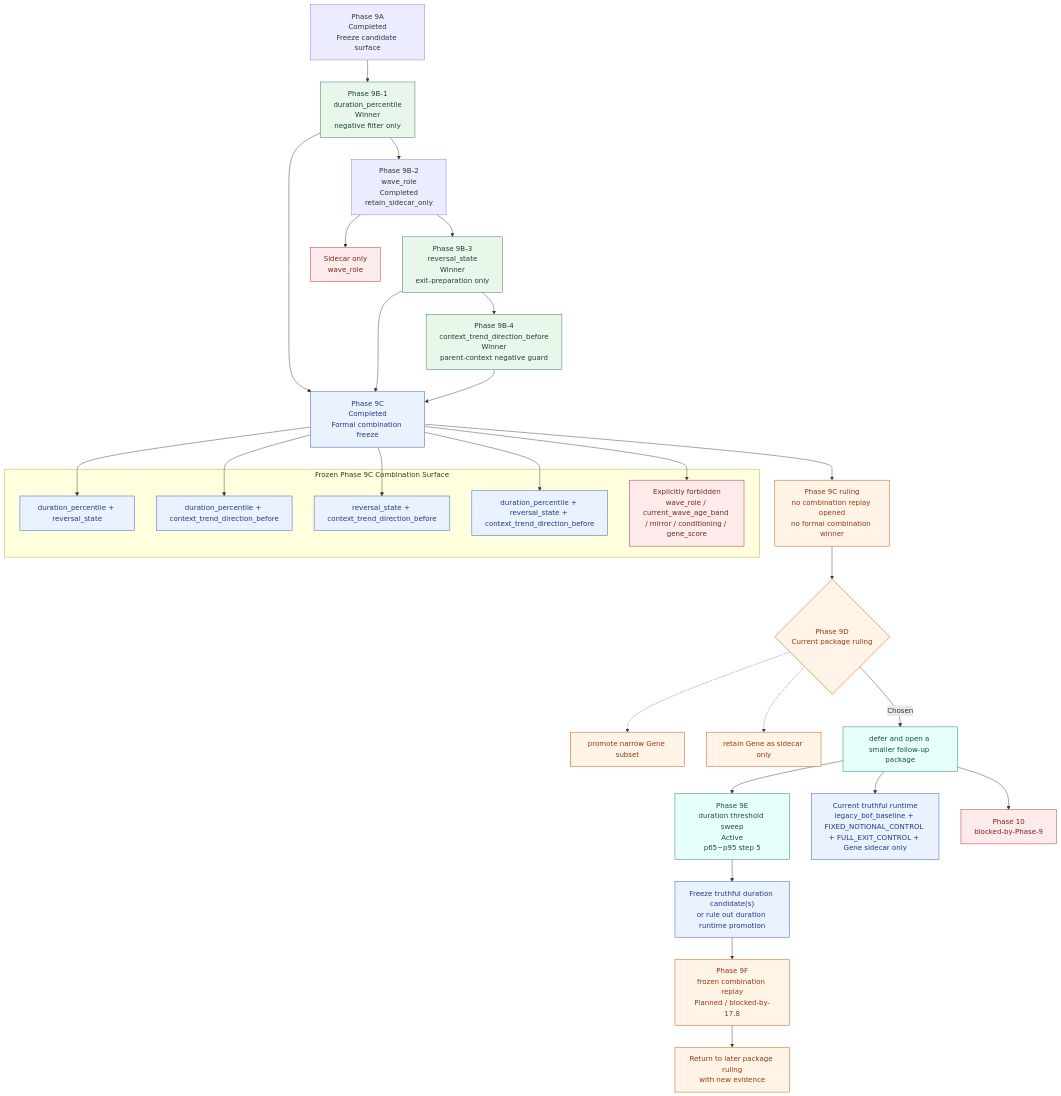
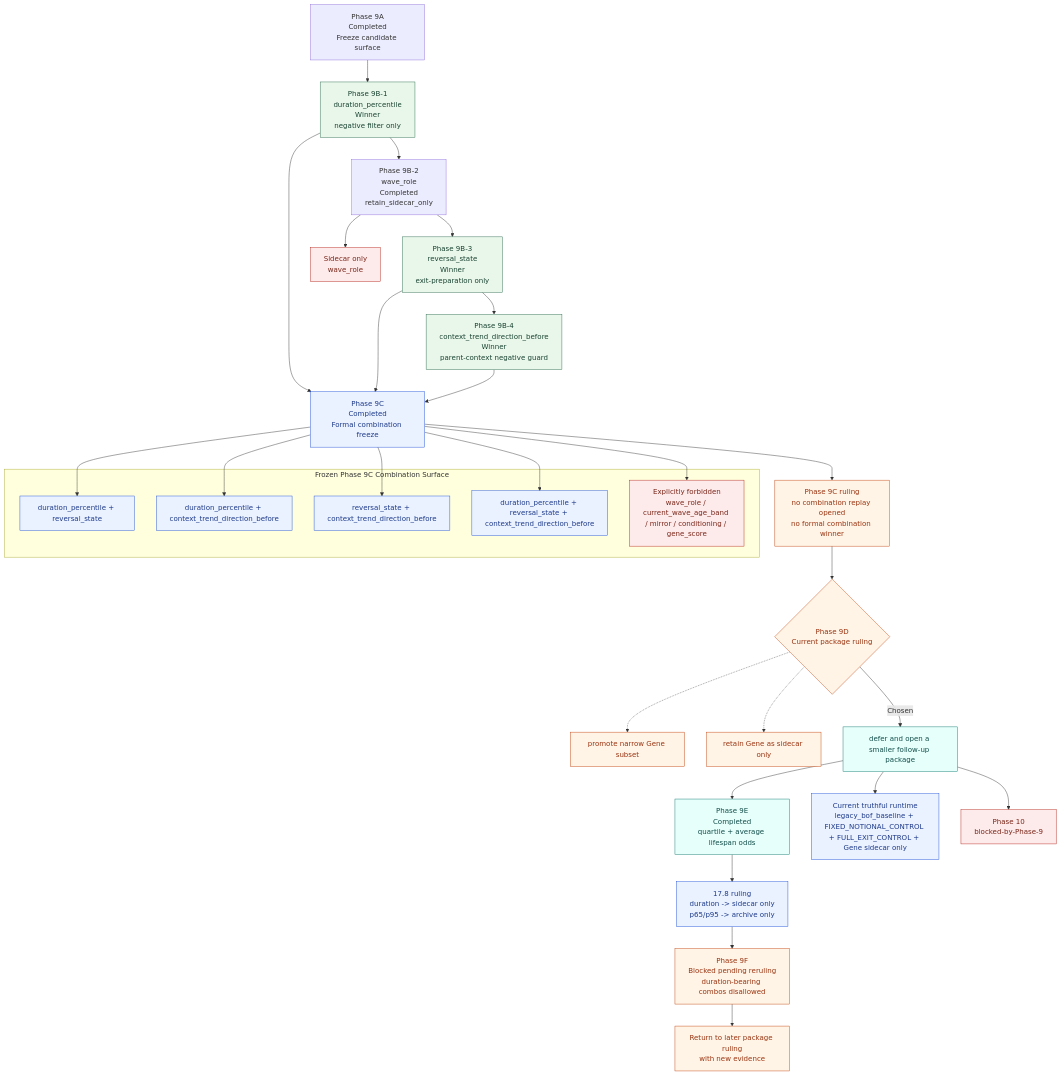
Before and after one commit to everything-is-simple/EmotionQuant-gamma: the diagram in blueprint/03-execution/records/phase-9-gene-promotion-flowchart-20260319.md, drawn with Mermaid. The commit also changed other lines of this file and 12 other files, not shown here.

Commit message:
Complete Phase 9E lifespan distribution rerun

````diff
--- a/blueprint/03-execution/records/phase-9-gene-promotion-flowchart-20260319.md
+++ b/blueprint/03-execution/records/phase-9-gene-promotion-flowchart-20260319.md
@@ -18,51 +18,51 @@
 ```mermaid
 flowchart TD
     A["Phase 9A<br/>Completed<br/>Freeze candidate surface"] --> B1["Phase 9B-1<br/>duration_percentile<br/>Winner<br/>negative filter only"]
     B1 --> B2["Phase 9B-2<br/>wave_role<br/>Completed<br/>retain_sidecar_only"]
     B2 --> B3["Phase 9B-3<br/>reversal_state<br/>Winner<br/>exit-preparation only"]
     B3 --> B4["Phase 9B-4<br/>context_trend_direction_before<br/>Winner<br/>parent-context negative guard"]
 
     B1 --> C
     B3 --> C
     B4 --> C
     B2 --> S["Sidecar only<br/>wave_role"]:::side
 
     C["Phase 9C<br/>Completed<br/>Formal combination freeze"]:::freeze
 
     subgraph P["Frozen Phase 9C Combination Surface"]
         C1["duration_percentile + reversal_state"]:::freeze
         C2["duration_percentile + context_trend_direction_before"]:::freeze
         C3["reversal_state + context_trend_direction_before"]:::freeze
         C4["duration_percentile + reversal_state + context_trend_direction_before"]:::freeze
         X["Explicitly forbidden<br/>wave_role / current_wave_age_band / mirror / conditioning / gene_score"]:::side
     end
 
     C --> C1
     C --> C2
     C --> C3
     C --> C4
     C --> X
 
     C --> D["Phase 9C ruling<br/>no combination replay opened<br/>no formal combination winner"]:::decision
 
     D --> E{"Phase 9D<br/>Current package ruling"}:::decision
     E -.-> F["promote narrow Gene subset"]:::decision
     E -.-> G["retain Gene as sidecar only"]:::decision
     E -->|"Chosen"| H["defer and open a smaller follow-up package"]:::chosen
 
-    H --> I["Phase 9E<br/>duration threshold sweep<br/>Active<br/>p65~p95 step 5"]:::chosen
-    I --> J["Freeze truthful duration candidate(s)<br/>or rule out duration runtime promotion"]:::freeze
-    J --> K["Phase 9F<br/>frozen combination replay<br/>Planned / blocked-by-17.8"]:::decision
+    H --> I["Phase 9E<br/>Completed<br/>quartile + average lifespan odds"]:::chosen
+    I --> J["17.8 ruling<br/>duration -> sidecar only<br/>p65/p95 -> archive only"]:::freeze
+    J --> K["Phase 9F<br/>Blocked pending reruling<br/>duration-bearing combos disallowed"]:::decision
     K --> L["Return to later package ruling<br/>with new evidence"]:::decision
 
     H --> M["Current truthful runtime<br/>legacy_bof_baseline + FIXED_NOTIONAL_CONTROL + FULL_EXIT_CONTROL + Gene sidecar only"]:::freeze
     H --> N["Phase 10<br/>blocked-by-Phase-9"]:::side
 
     classDef win fill:#e8f7ea,stroke:#2d6a4f,color:#1b4332;
     classDef side fill:#fdeaea,stroke:#b42318,color:#7a271a;
     classDef freeze fill:#eaf2ff,stroke:#1d4ed8,color:#1e3a8a;
     classDef decision fill:#fff4e5,stroke:#c2410c,color:#9a3412;
     classDef chosen fill:#e6fffb,stroke:#0f766e,color:#134e4a;
 
     class B1,B3,B4 win;
 ```
````
